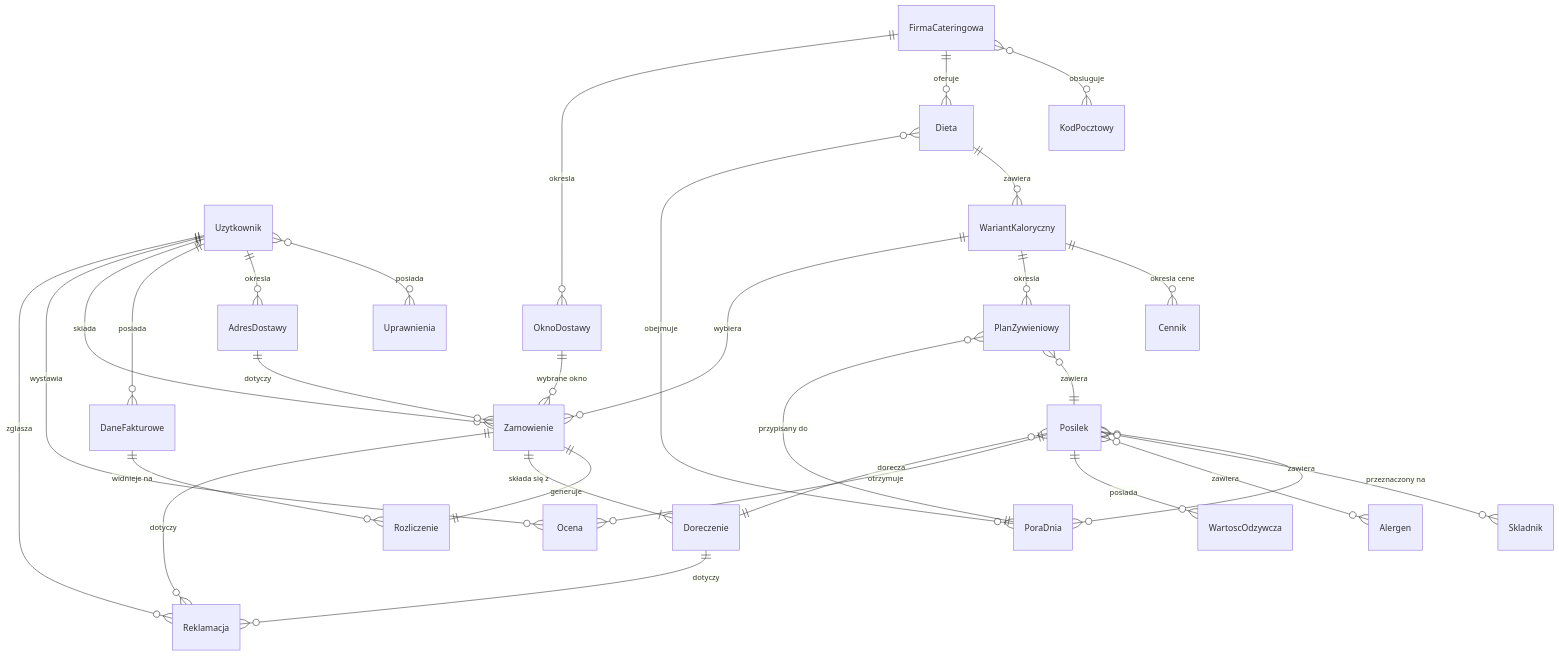
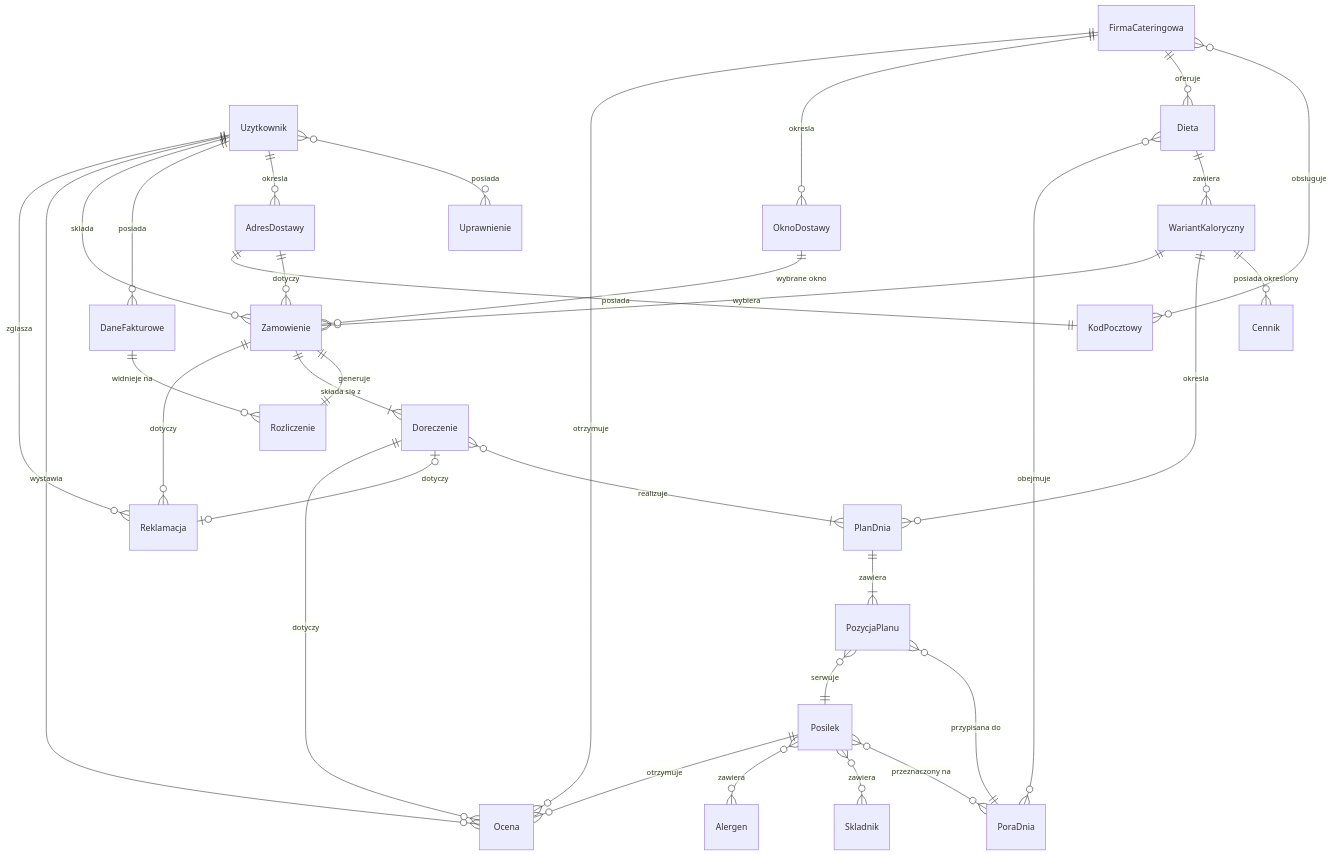
The diagram in ERD.md (M1KUS3Q/spolka-inwestycyjna-maciej-frackiewicz), drawn with Mermaid before and after one commit.

Commit message:
INCREDIBLY unsloppified ERD

````diff
--- a/ERD.md
+++ b/ERD.md
@@ -5,41 +5,44 @@
 ```mermaid
 erDiagram
-    Uzytkownik }o--o{ Uprawnienia : "posiada"
+    Uzytkownik }o--o{ Uprawnienie : "posiada"
     Uzytkownik ||--o{ AdresDostawy : "okresla"
     Uzytkownik ||--o{ DaneFakturowe : "posiada"
     Uzytkownik ||--o{ Zamowienie : "sklada"
     Uzytkownik ||--o{ Ocena : "wystawia"
     Uzytkownik ||--o{ Reklamacja : "zglasza"
 
     FirmaCateringowa }o--o{ KodPocztowy : "obsluguje"
     FirmaCateringowa ||--o{ Dieta : "oferuje"
     FirmaCateringowa ||--o{ OknoDostawy : "okresla"
+    FirmaCateringowa ||--o{ Ocena : "otrzymuje"
 
     Dieta ||--o{ WariantKaloryczny : "zawiera"
     Dieta }o--o{ PoraDnia : "obejmuje"
     
-    WariantKaloryczny ||--o{ Cennik : "okresla cene"
-    WariantKaloryczny ||--o{ PlanZywieniowy : "okresla"
+    WariantKaloryczny ||--o{ Cennik : "posiada określony"
+    WariantKaloryczny ||--o{ PlanDnia : "okresla"
     WariantKaloryczny ||--o{ Zamowienie : "wybiera"
 
     Posilek }o--o{ PoraDnia : "przeznaczony na"
     Posilek }o--o{ Skladnik : "zawiera"
     Posilek }o--o{ Alergen : "zawiera"
-    Posilek ||--o{ WartoscOdzywcza : "posiada"
     Posilek ||--o{ Ocena : "otrzymuje"
 
-    PlanZywieniowy }o--|| Posilek : "zawiera"
-    PlanZywieniowy }o--|| PoraDnia : "przypisany do"
+    PlanDnia ||--|{ PozycjaPlanu : "zawiera"
+    PozycjaPlanu }o--|| PoraDnia : "przypisana do"
+    PozycjaPlanu }o--|| Posilek : "serwuje"
 
     AdresDostawy ||--o{ Zamowienie : "dotyczy"
+    AdresDostawy ||--|| KodPocztowy : "posiada"
     OknoDostawy ||--o{ Zamowienie : "wybrane okno"
 
     Zamowienie ||--|| Rozliczenie : "generuje"
     Zamowienie ||--|{ Doreczenie : "składa się z"
     Zamowienie ||--o{ Reklamacja : "dotyczy"
 
     DaneFakturowe ||--o{ Rozliczenie : "widnieje na"
 
-    Posilek }o--|| Doreczenie : "dorecza"
-    Doreczenie ||--o{ Reklamacja : "dotyczy"
+    Doreczenie }o--|{ PlanDnia : "realizuje"
+    Doreczenie |o--o| Reklamacja : "dotyczy"
+    Doreczenie ||--o{ Ocena : "dotyczy"
 ```
````
